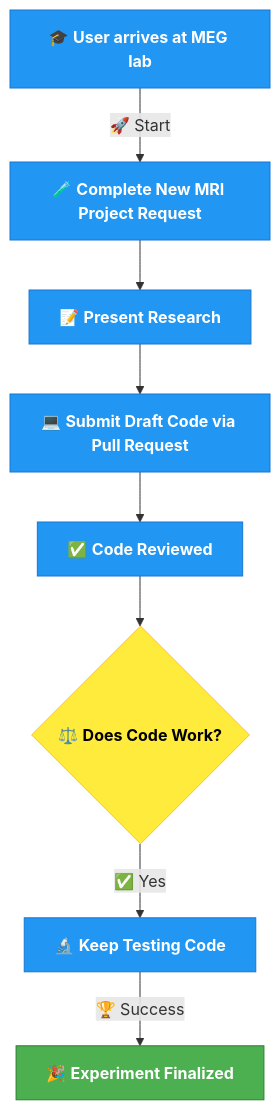
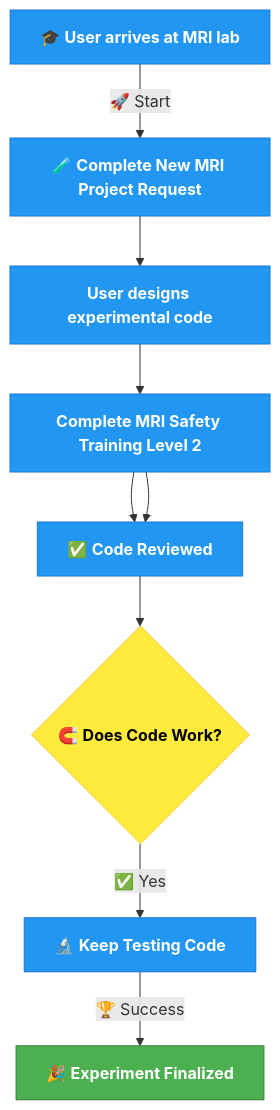
One commit to BioMedicalImaging-Core-NYUAD/brainimaging-lab-documentation changed the diagram in docs/source/1-lab_overview/3-process_diagram.rst. Above: the diagram before and after it, drawn with Mermaid. The commit also changed other lines of this file, not shown here.

Commit message:
added link

```diff
--- a/docs/source/1-lab_overview/3-process_diagram.rst
+++ b/docs/source/1-lab_overview/3-process_diagram.rst
@@ -9,24 +9,26 @@
 .. mermaid::
 
     graph TD;
-        A[🎓 <b>User arrives at MEG lab</b>] -->|🚀 Start| B[🧪 <b>Complete New MRI Project Request</b>];
-        B --> C[📝 <b>Present Research</b>];
-        C --> D[💻 <b>Submit Draft Code via Pull Request</b>];
+        A[🎓 <b>User arrives at MRI lab</b>] -->|🚀 Start| B[🧪 <b>Complete New MRI Project Request</b>];
+        B --> C[<b>User designs experimental code</b>];
+        C --> D[<b>Complete MRI Safety Training Level 2</b>];
+        D --> E[<b>Submit Draft Code via Pull Request</b>];
         D --> E[✅ <b>Code Reviewed</b>];
-        E --> F{⚖️ <b>Does Code Work?</b>};
+        E --> F{🧲️ <b>Does Code Work?</b>};
         F --✅ Yes --> H[🔬 <b>Keep Testing Code</b>];
         H -->|🏆 Success| I[🎉 <b>Experiment Finalized</b>];
 
         %% Clickable Node for GitHub PR
         click B "https://drive.google.com/file/d/10Py1KSAsktpCjU6c3lLuWLqVL2a5ofee/view?usp=drive_link"
+        click D "https://app.imagingu.com/courses/personnel-group-ii-yearly"
 
         %% Style Definitions
         classDef success fill:#4CAF50,stroke:#2E7D32,color:#fff;
         classDef decision fill:#FFEB3B,stroke:#FBC02D,color:#000;
         classDef process fill:#2196F3,stroke:#1976D2,color:#fff;
         classDef warning fill:#FF5722,stroke:#E64A19,color:#fff;
 
         class A,B,C,D,E,H process;
         class F decision;
         class G warning;
         class I success;
```
